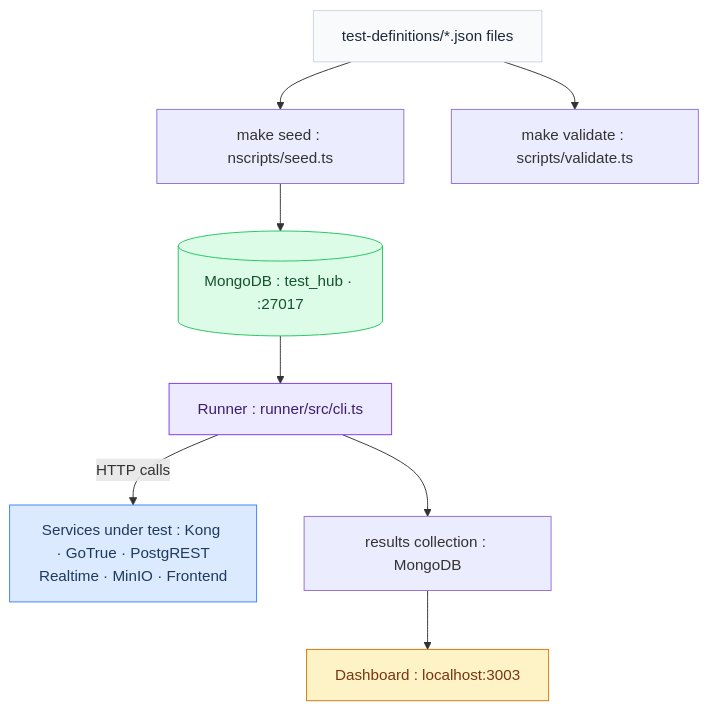
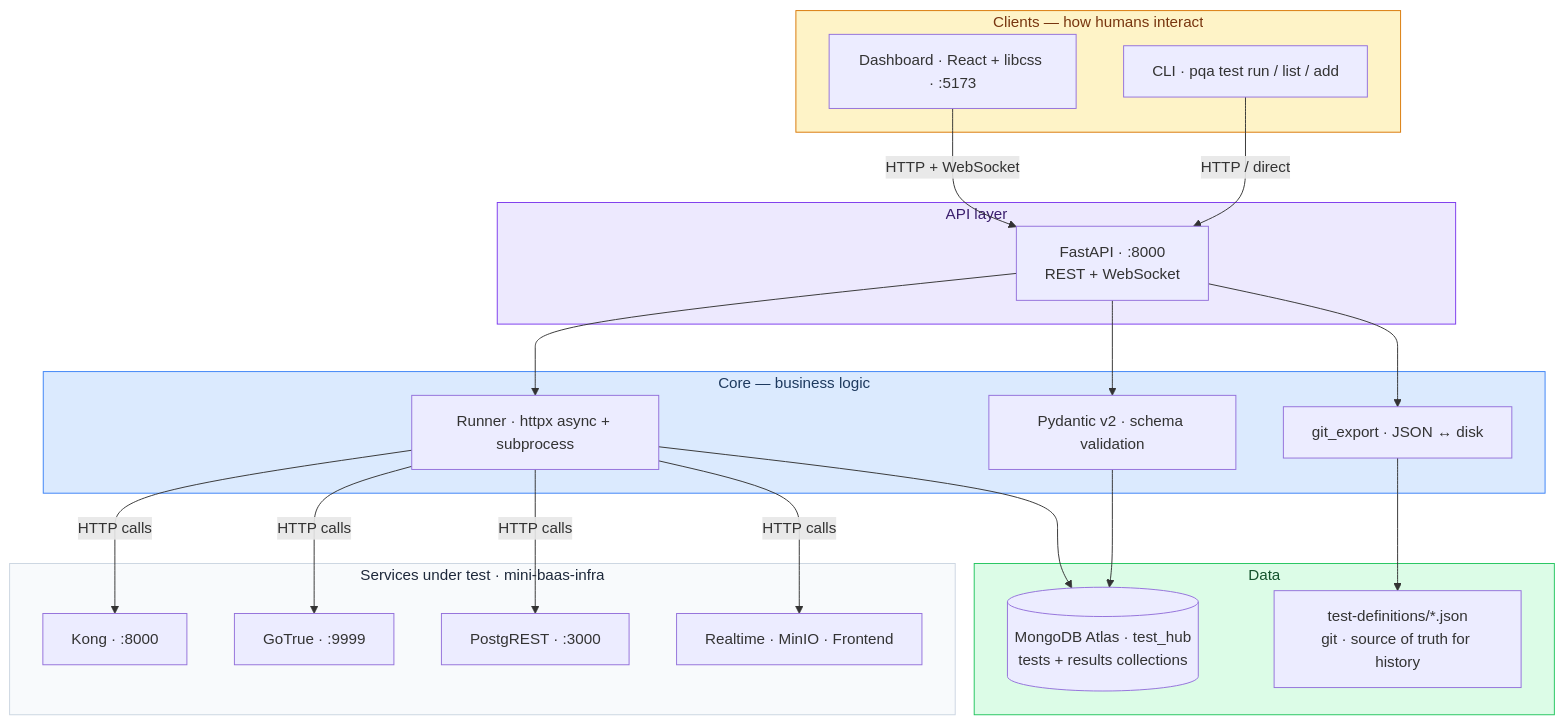
Before and after one commit to Univers42/QA: the diagram in README.md, drawn with Mermaid. The commit also changed other lines of this file and 18 other files, not shown here.

````diff
--- a/README.md
+++ b/README.md
@@ -59,25 +62,48 @@
 ```mermaid
 graph TB
-    JSON["test-definitions/*.json files"]
-    Seed["make seed : nscripts/seed.ts"]
-    Validate["make validate : scripts/validate.ts"]
-    MongoDB[("MongoDB : test_hub · :27017")]
-    Runner["Runner : runner/src/cli.ts"]
-    Services["Services under test : Kong · GoTrue · PostgREST<br/>Realtime · MinIO · Frontend"]
-    Results["results collection : MongoDB"]
-    Dashboard["Dashboard : localhost:3003"]
+    subgraph CLIENTS["Clients — how humans interact"]
+        CLI["CLI · pqa test run / list / add"]
+        DASHBOARD["Dashboard · React + libcss · :5173"]
+    end
 
-    JSON --> Validate
-    JSON --> Seed
-    Seed --> MongoDB
-    MongoDB --> Runner
-    Runner -->|"HTTP calls"| Services
-    Runner --> Results
-    Results --> Dashboard
+    subgraph API_LAYER["API layer"]
+        API["FastAPI · :8000<br/>REST + WebSocket"]
+    end
 
-    style MongoDB fill:#dcfce7,stroke:#22c55e,color:#14532d
-    style Runner fill:#ede9fe,stroke:#7c3aed,color:#3b1f6e
-    style Services fill:#dbeafe,stroke:#3b82f6,color:#1e3a5f
-    style Dashboard fill:#fef3c7,stroke:#d97706,color:#78350f
-    style JSON fill:#f8fafc,stroke:#cbd5e1,color:#1e293b
+    subgraph CORE["Core — business logic"]
+        SCHEMA["Pydantic v2 · schema validation"]
+        RUNNER["Runner · httpx async + subprocess"]
+        EXPORT["git_export · JSON ↔ disk"]
+    end
+
+    subgraph DATA["Data"]
+        ATLAS[("MongoDB Atlas · test_hub<br/>tests + results collections")]
+        JSON["test-definitions/*.json<br/>git · source of truth for history"]
+    end
+
+    subgraph SERVICES["Services under test · mini-baas-infra"]
+        KONG["Kong · :8000"]
+        GOTRUE["GoTrue · :9999"]
+        POSTGREST["PostgREST · :3000"]
+        OTHER["Realtime · MinIO · Frontend"]
+    end
+
+    CLI -->|"HTTP / direct"| API
+    DASHBOARD -->|"HTTP + WebSocket"| API
+    API --> SCHEMA
+    API --> RUNNER
+    API --> EXPORT
+    SCHEMA --> ATLAS
+    RUNNER -->|"HTTP calls"| KONG
+    RUNNER -->|"HTTP calls"| GOTRUE
+    RUNNER -->|"HTTP calls"| POSTGREST
+    RUNNER -->|"HTTP calls"| OTHER
+    RUNNER --> ATLAS
+    EXPORT --> JSON
+
+    style CLIENTS fill:#fef3c7,stroke:#d97706,color:#78350f
+    style API_LAYER fill:#ede9fe,stroke:#7c3aed,color:#3b1f6e
+    style CORE fill:#dbeafe,stroke:#3b82f6,color:#1e3a5f
+    style DATA fill:#dcfce7,stroke:#22c55e,color:#14532d
+    style SERVICES fill:#f8fafc,stroke:#cbd5e1,color:#1e293b
 ```
````
